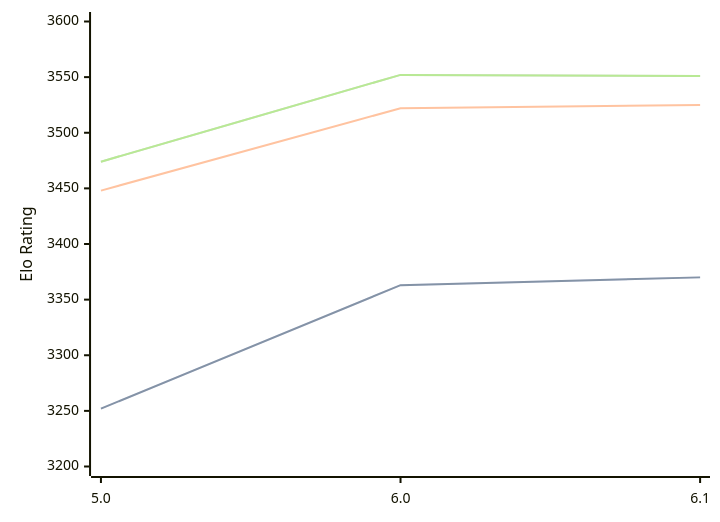
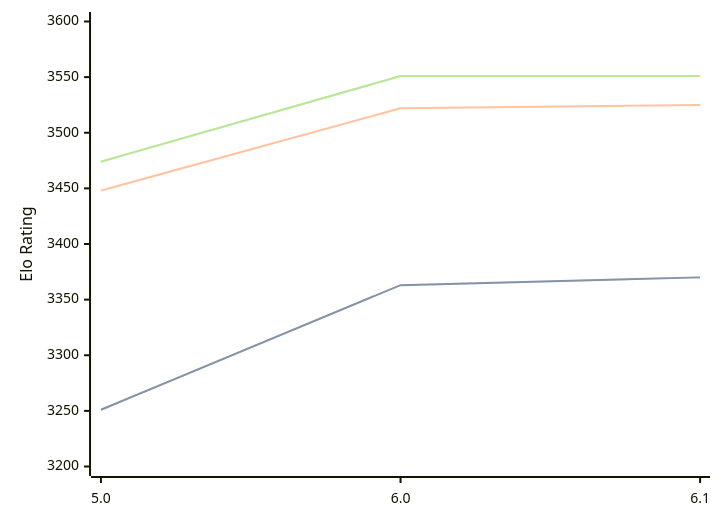
The diagram in engines/Starzix.md (computer-chess-index/cci), drawn with Mermaid before and after one commit. The commit also changed other lines of this file, not shown here.

Commit message:
Update CCI Ratings (ELO VLTC) - 2026-03-09

````diff
--- a/engines/Starzix.md
+++ b/engines/Starzix.md
@@ -35,11 +35,11 @@
 ```mermaid
 %%{init: {"theme":"base","themeVariables":{"seriesColors:['#a3a3a3','#222221','#faa371']}}}%%
 xychart-beta
   x-axis ["5.0", "6.0", "6.1"]
   y-axis "Elo Rating" 3200 --> 3600
-  line "STC (8.0+0.08s)" [3252, 3363, 3370]
-  line "STC (8.0+0.08s)" [3252, 3363, 3370]
+  line "STC (8.0+0.08s)" [3251, 3363, 3370]
+  line "STC (8.0+0.08s)" [3251, 3363, 3370]
   line "LTC (60.0+0.60s)" [3448, 3522, 3525]
-  line "VLTC (2m24s+1.12s)" [3474, 3552, 3551]
-  line "VLTC (2m24s+1.12s)" [3474, 3552, 3551]
+  line "VLTC (2m24s+1.12s)" [3474, 3551, 3551]
+  line "VLTC (2m24s+1.12s)" [3474, 3551, 3551]
 ```
````
